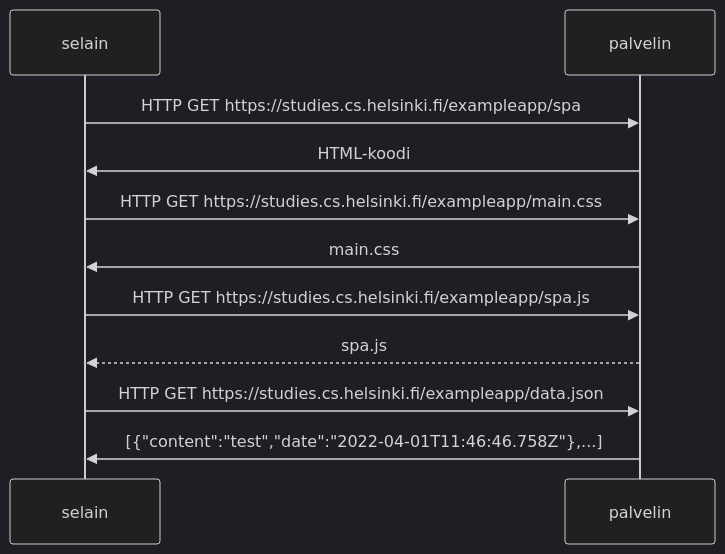
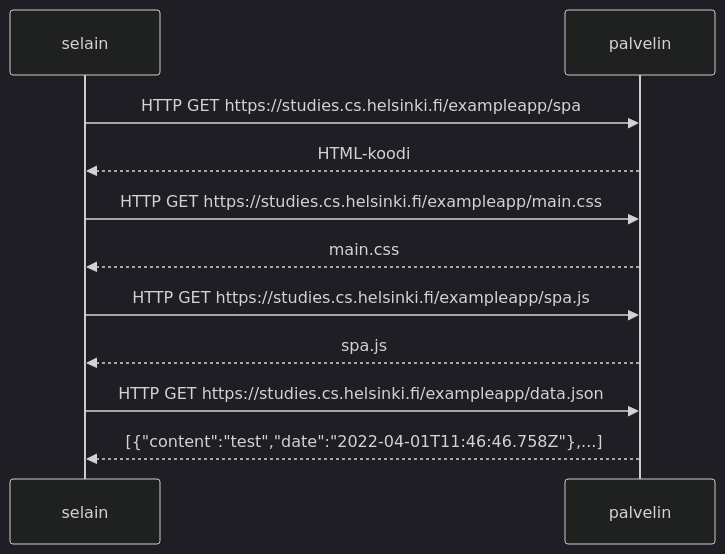
The diagram in Osa 0/tehtava_0.5.md (oliviahorjamo/Full-Stack-Open-2022), drawn with Mermaid (dark theme) before and after one commit.

````diff
--- a/Osa 0/tehtava_0.5.md
+++ b/Osa 0/tehtava_0.5.md
@@ -2,13 +2,13 @@
 ```mermaid
 sequenceDiagram
   participant selain
   participant palvelin
   selain->>palvelin: HTTP GET https://studies.cs.helsinki.fi/exampleapp/spa
-  palvelin->>selain: HTML-koodi
+  palvelin-->>selain: HTML-koodi
   selain->>palvelin: HTTP GET https://studies.cs.helsinki.fi/exampleapp/main.css
-  palvelin->>selain: main.css
+  palvelin-->>selain: main.css
   selain->>palvelin: HTTP GET https://studies.cs.helsinki.fi/exampleapp/spa.js
   palvelin-->>selain: spa.js
   selain->>palvelin: HTTP GET https://studies.cs.helsinki.fi/exampleapp/data.json
-  palvelin->>selain: [{"content":"test","date":"2022-04-01T11:46:46.758Z"},...]
+  palvelin-->>selain: [{"content":"test","date":"2022-04-01T11:46:46.758Z"},...]
 ```
````
